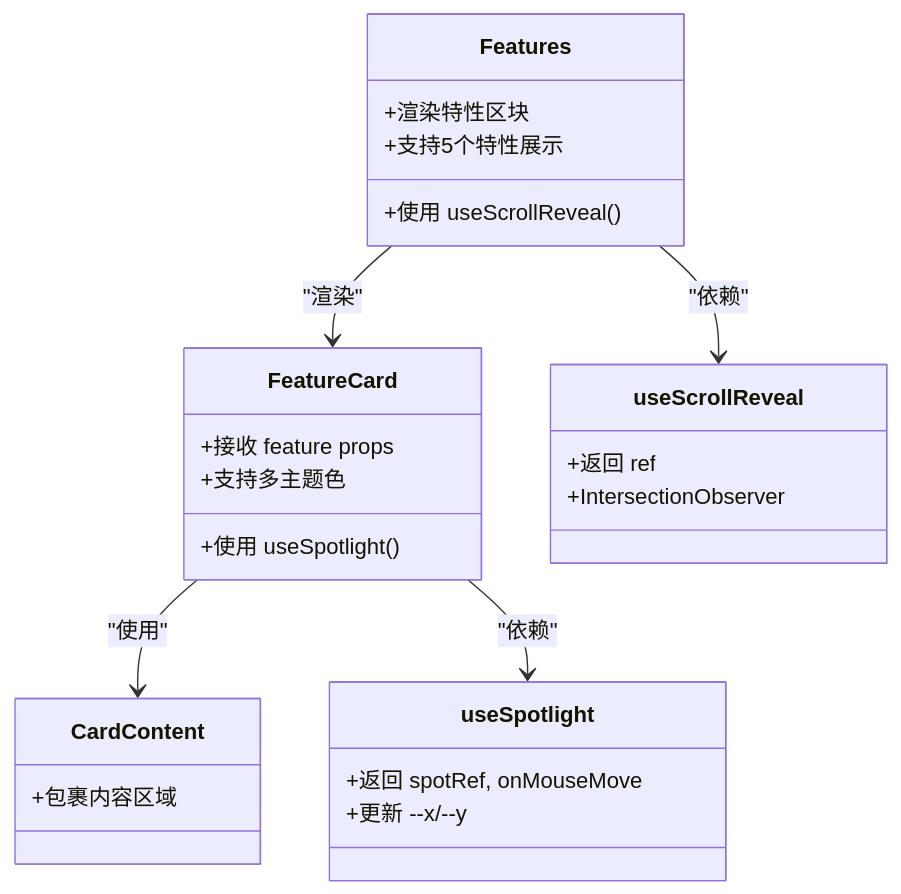
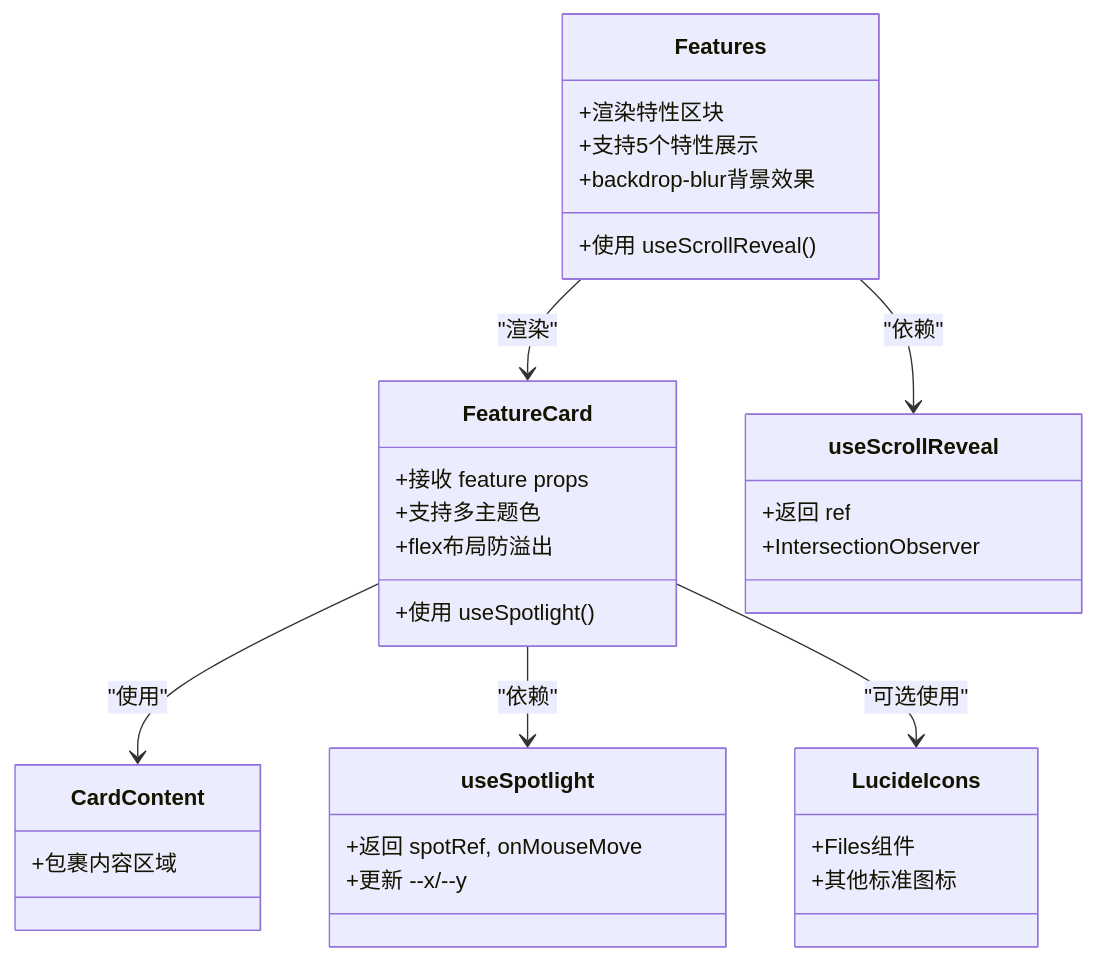
The fourth of 4 diagrams in .qoder/repowiki/zh/content/架构设计/组件架构/页面组件/Features组件.md (Primoguo/naolizhi.cn), drawn with Mermaid before and after one commit. The commit also changed other lines of this file and 23 other files, not shown here.

````diff
--- a/.qoder/repowiki/zh/content/架构设计/组件架构/页面组件/Features组件.md
+++ b/.qoder/repowiki/zh/content/架构设计/组件架构/页面组件/Features组件.md
@@ -267,28 +274,35 @@
 ```mermaid
 classDiagram
 class Features {
 +渲染特性区块
 +使用 useScrollReveal()
 +支持5个特性展示
++backdrop-blur背景效果
 }
 class FeatureCard {
 +接收 feature props
 +使用 useSpotlight()
 +支持多主题色
++flex布局防溢出
 }
 class CardContent {
 +包裹内容区域
 }
 class useScrollReveal {
 +返回 ref
 +IntersectionObserver
 }
 class useSpotlight {
 +返回 spotRef, onMouseMove
 +更新 --x/--y
 }
+class LucideIcons {
++Files组件
++其他标准图标
+}
 Features --> FeatureCard : "渲染"
 FeatureCard --> CardContent : "使用"
 FeatureCard --> useSpotlight : "依赖"
 Features --> useScrollReveal : "依赖"
+FeatureCard --> LucideIcons : "可选使用"
 ```
````
